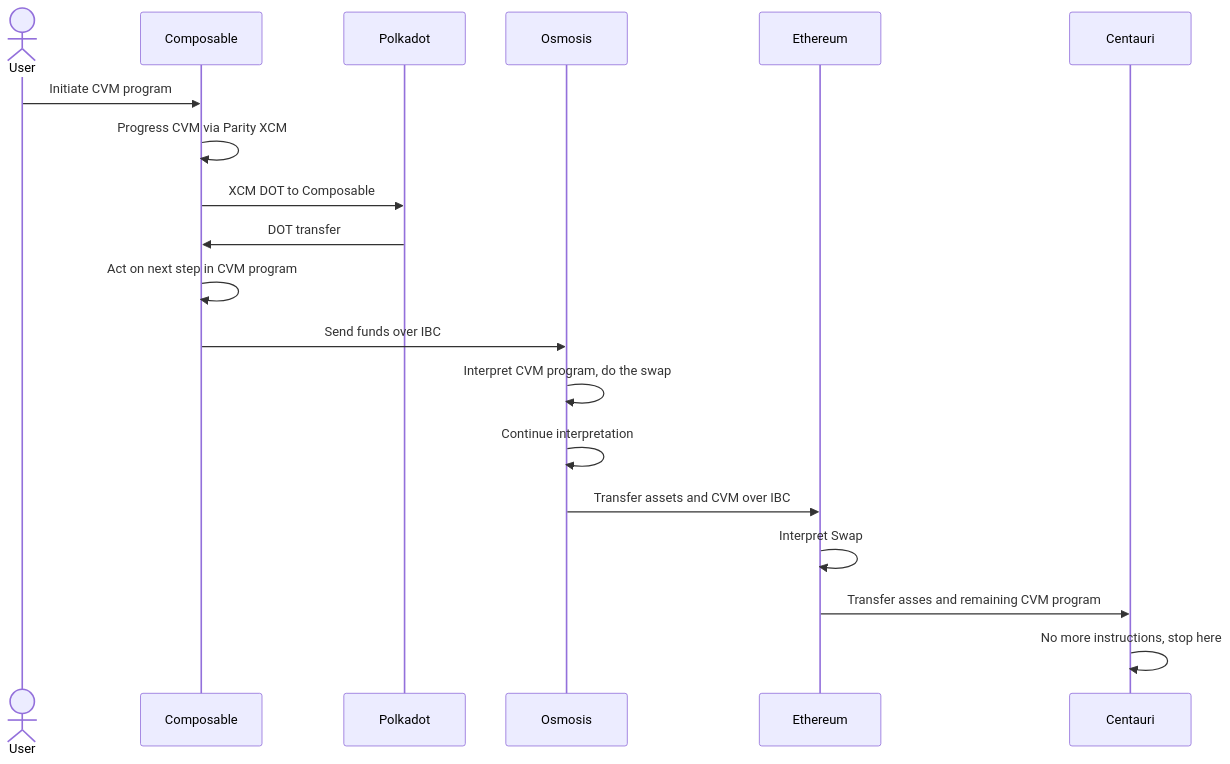
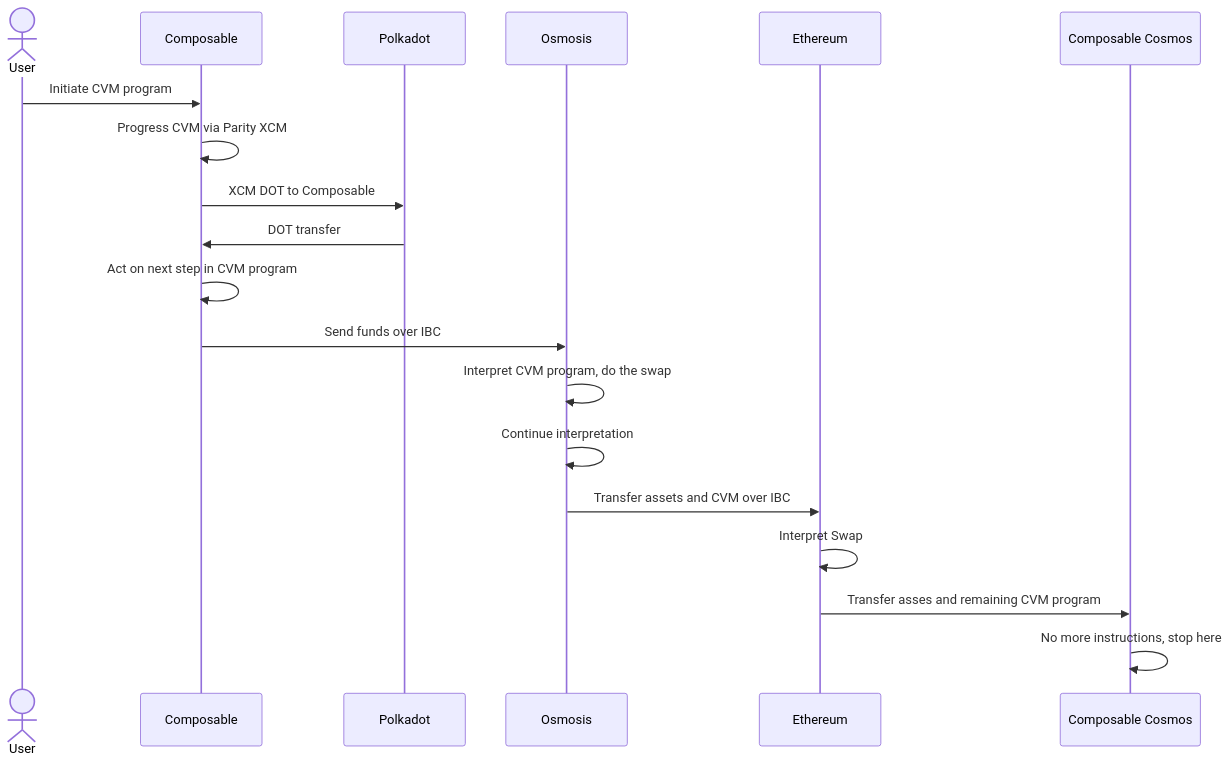
One commit to ComposableFi/composable changed the second of 5 diagrams in docs/docs/technology/cvm/specification.md. Above: the diagram before and after it, drawn with Mermaid. The commit also changed other lines of this file and 3 other files, not shown here.

````diff
--- a/docs/docs/technology/cvm/specification.md
+++ b/docs/docs/technology/cvm/specification.md
@@ -26,16 +26,16 @@
 ```mermaid
 sequenceDiagram
     actor User
     User ->> Composable : Initiate CVM program
     Composable ->> Composable : Progress CVM via Parity XCM
     Composable ->> Polkadot : XCM DOT to Composable
     Polkadot ->> Composable : DOT transfer 
     Composable ->> Composable : Act on next step in CVM program
     Composable ->> Osmosis : Send funds over IBC
     Osmosis ->> Osmosis: Interpret CVM program, do the swap
     Osmosis ->> Osmosis: Continue interpretation
     Osmosis ->> Ethereum: Transfer assets and CVM over IBC
     Ethereum ->> Ethereum : Interpret Swap
-    Ethereum ->> Centauri : Transfer asses and remaining CVM program 
-    Centauri ->> Centauri : No more instructions, stop here
+    Ethereum ->> Composable Cosmos : Transfer asses and remaining CVM program 
+    Composable Cosmos ->> Composable Cosmos : No more instructions, stop here
 ```
````
